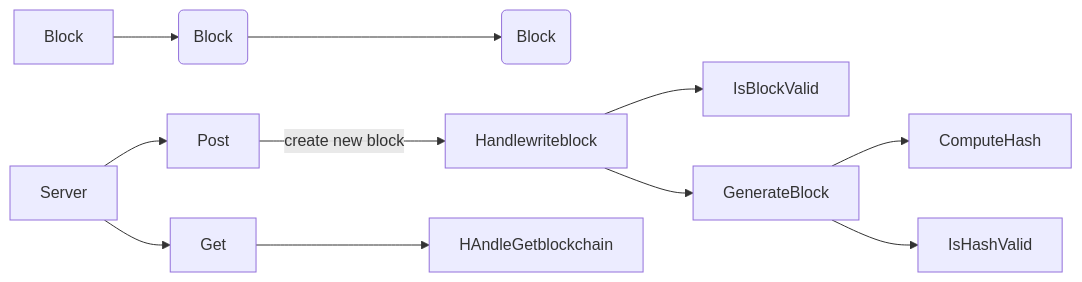
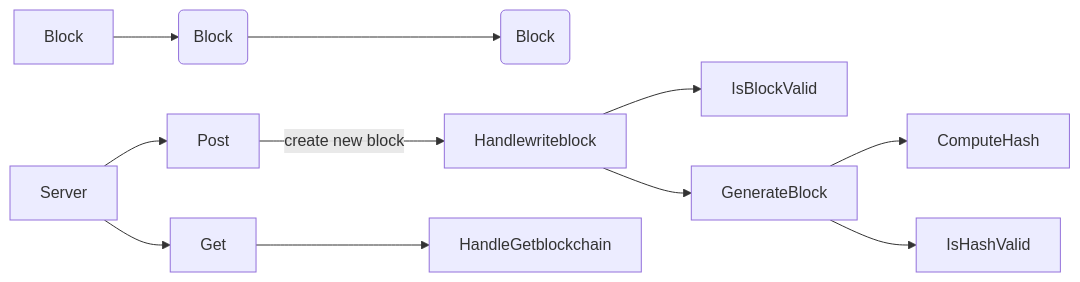
One commit to krywen/pow_blockchain changed the diagram in README.md. Above: the diagram before and after it, drawn with Mermaid. The commit also changed other lines of this file, not shown here.

````diff
--- a/README.md
+++ b/README.md
@@ -6,12 +6,12 @@
 ```mermaid
 flowchart LR
     A[Block] --> B(Block) --> C(Block)
     Server --> Post
     Post --> |create new block| Handlewriteblock
     Handlewriteblock --> IsBlockValid
     Handlewriteblock --> GenerateBlock
     GenerateBlock --> ComputeHash
     GenerateBlock --> IsHashValid
     Server --> Get
-    Get --> HAndleGetblockchain
+    Get --> HandleGetblockchain
 ``` 
````
